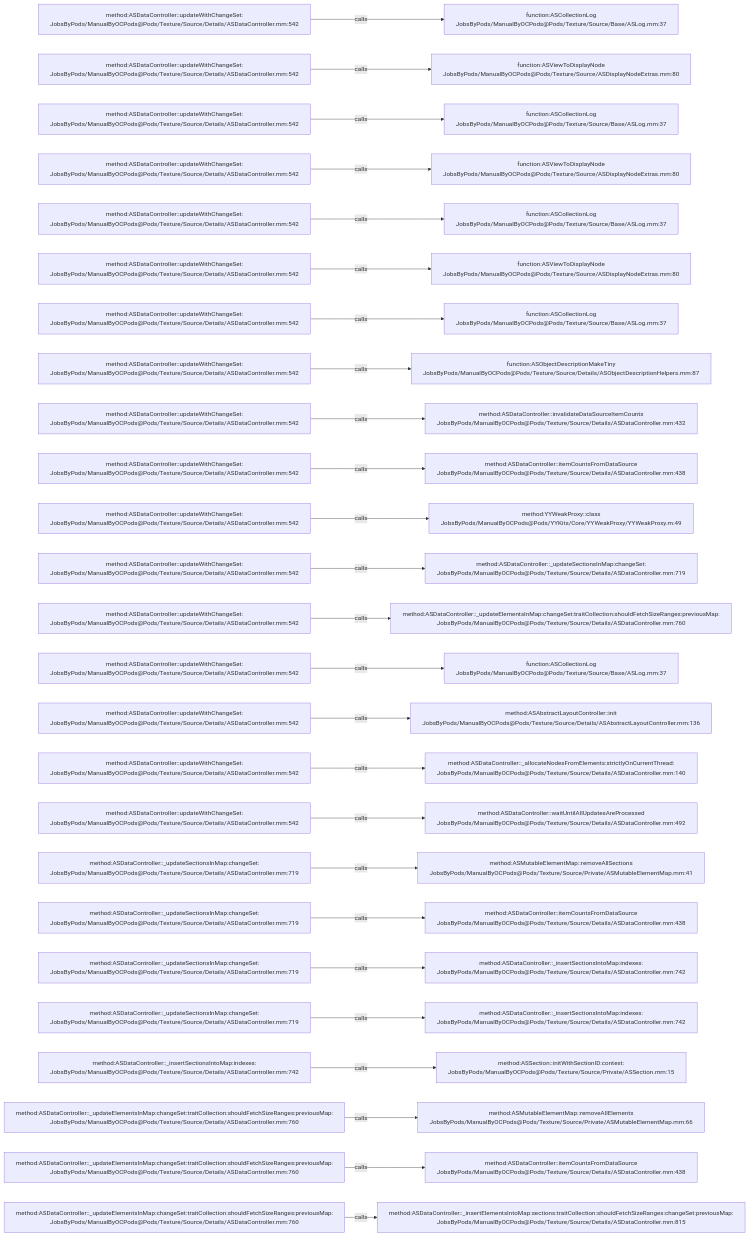
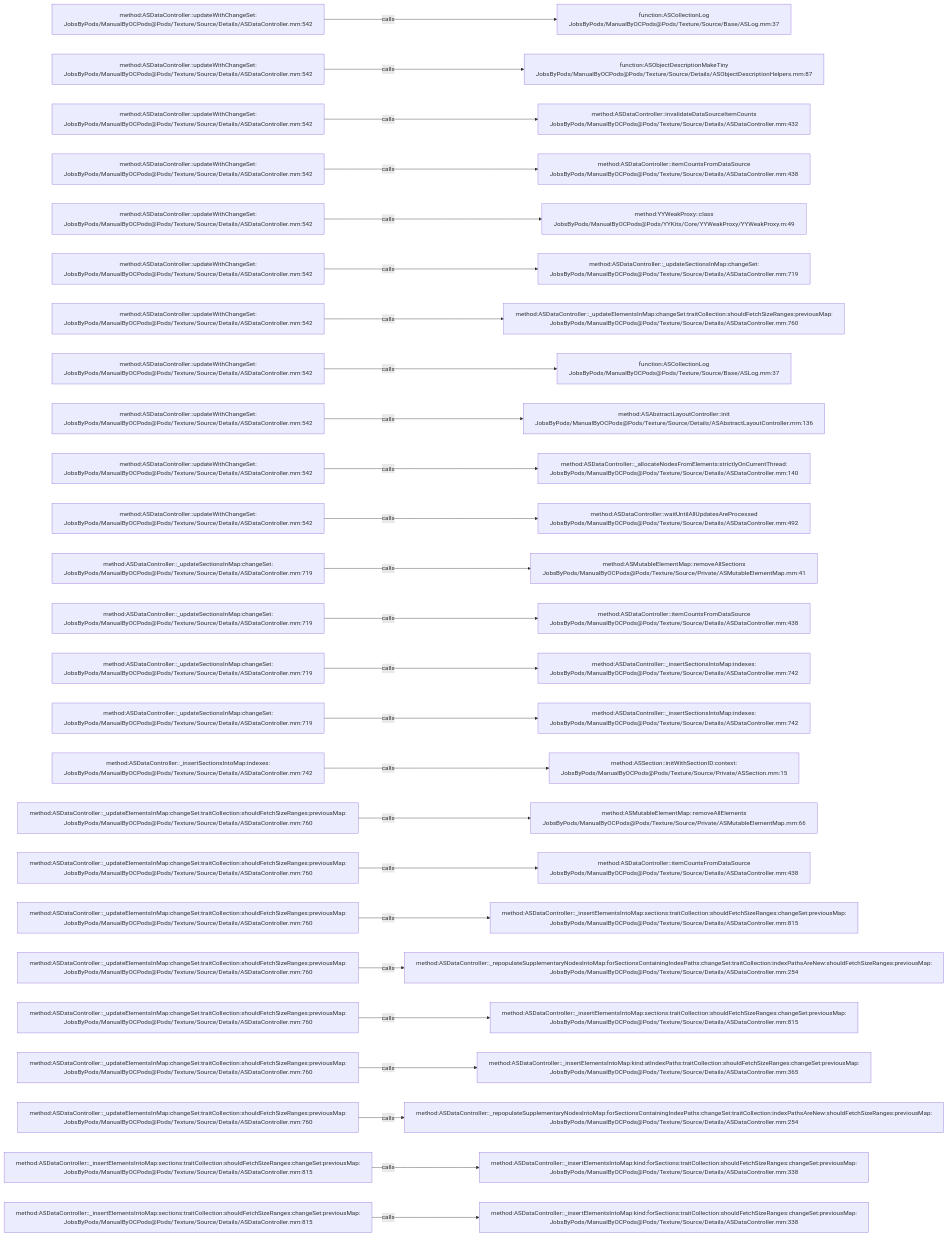
The diagram in .codegraph/codegraph.md/graphs/calls-147.md (JobsKits/JobsOCBaseConfigDemo), drawn with Mermaid before and after one commit. The commit also changed 666 other files, not shown here.

````diff
--- a/.codegraph/codegraph.md/graphs/calls-147.md
+++ b/.codegraph/codegraph.md/graphs/calls-147.md
@@ -13,78 +13,78 @@
 ```mermaid
 flowchart LR
   S1["method:ASDataController::updateWithChangeSet:<br/>JobsByPods/ManualByOCPods@Pods/Texture/Source/Details/ASDataController.mm:542"]
   T1["function:ASCollectionLog<br/>JobsByPods/ManualByOCPods@Pods/Texture/Source/Base/ASLog.mm:37"]
   S1 -->|calls| T1
   S2["method:ASDataController::updateWithChangeSet:<br/>JobsByPods/ManualByOCPods@Pods/Texture/Source/Details/ASDataController.mm:542"]
-  T2["function:ASViewToDisplayNode<br/>JobsByPods/ManualByOCPods@Pods/Texture/Source/ASDisplayNodeExtras.mm:80"]
+  T2["function:ASObjectDescriptionMakeTiny<br/>JobsByPods/ManualByOCPods@Pods/Texture/Source/Details/ASObjectDescriptionHelpers.mm:87"]
   S2 -->|calls| T2
   S3["method:ASDataController::updateWithChangeSet:<br/>JobsByPods/ManualByOCPods@Pods/Texture/Source/Details/ASDataController.mm:542"]
-  T3["function:ASCollectionLog<br/>JobsByPods/ManualByOCPods@Pods/Texture/Source/Base/ASLog.mm:37"]
+  T3["method:ASDataController::invalidateDataSourceItemCounts<br/>JobsByPods/ManualByOCPods@Pods/Texture/Source/Details/ASDataController.mm:432"]
   S3 -->|calls| T3
   S4["method:ASDataController::updateWithChangeSet:<br/>JobsByPods/ManualByOCPods@Pods/Texture/Source/Details/ASDataController.mm:542"]
-  T4["function:ASViewToDisplayNode<br/>JobsByPods/ManualByOCPods@Pods/Texture/Source/ASDisplayNodeExtras.mm:80"]
+  T4["method:ASDataController::itemCountsFromDataSource<br/>JobsByPods/ManualByOCPods@Pods/Texture/Source/Details/ASDataController.mm:438"]
   S4 -->|calls| T4
   S5["method:ASDataController::updateWithChangeSet:<br/>JobsByPods/ManualByOCPods@Pods/Texture/Source/Details/ASDataController.mm:542"]
-  T5["function:ASCollectionLog<br/>JobsByPods/ManualByOCPods@Pods/Texture/Source/Base/ASLog.mm:37"]
+  T5["method:YYWeakProxy::class<br/>JobsByPods/ManualByOCPods@Pods/YYKits/Core/YYWeakProxy/YYWeakProxy.m:49"]
   S5 -->|calls| T5
   S6["method:ASDataController::updateWithChangeSet:<br/>JobsByPods/ManualByOCPods@Pods/Texture/Source/Details/ASDataController.mm:542"]
-  T6["function:ASViewToDisplayNode<br/>JobsByPods/ManualByOCPods@Pods/Texture/Source/ASDisplayNodeExtras.mm:80"]
+  T6["method:ASDataController::_updateSectionsInMap:changeSet:<br/>JobsByPods/ManualByOCPods@Pods/Texture/Source/Details/ASDataController.mm:719"]
   S6 -->|calls| T6
   S7["method:ASDataController::updateWithChangeSet:<br/>JobsByPods/ManualByOCPods@Pods/Texture/Source/Details/ASDataController.mm:542"]
-  T7["function:ASCollectionLog<br/>JobsByPods/ManualByOCPods@Pods/Texture/Source/Base/ASLog.mm:37"]
+  T7["method:ASDataController::_updateElementsInMap:changeSet:traitCollection:shouldFetchSizeRanges:previousMap:<br/>JobsByPods/ManualByOCPods@Pods/Texture/Source/Details/ASDataController.mm:760"]
   S7 -->|calls| T7
   S8["method:ASDataController::updateWithChangeSet:<br/>JobsByPods/ManualByOCPods@Pods/Texture/Source/Details/ASDataController.mm:542"]
-  T8["function:ASObjectDescriptionMakeTiny<br/>JobsByPods/ManualByOCPods@Pods/Texture/Source/Details/ASObjectDescriptionHelpers.mm:87"]
+  T8["function:ASCollectionLog<br/>JobsByPods/ManualByOCPods@Pods/Texture/Source/Base/ASLog.mm:37"]
   S8 -->|calls| T8
   S9["method:ASDataController::updateWithChangeSet:<br/>JobsByPods/ManualByOCPods@Pods/Texture/Source/Details/ASDataController.mm:542"]
-  T9["method:ASDataController::invalidateDataSourceItemCounts<br/>JobsByPods/ManualByOCPods@Pods/Texture/Source/Details/ASDataController.mm:432"]
+  T9["method:ASAbstractLayoutController::init<br/>JobsByPods/ManualByOCPods@Pods/Texture/Source/Details/ASAbstractLayoutController.mm:136"]
   S9 -->|calls| T9
   S10["method:ASDataController::updateWithChangeSet:<br/>JobsByPods/ManualByOCPods@Pods/Texture/Source/Details/ASDataController.mm:542"]
-  T10["method:ASDataController::itemCountsFromDataSource<br/>JobsByPods/ManualByOCPods@Pods/Texture/Source/Details/ASDataController.mm:438"]
+  T10["method:ASDataController::_allocateNodesFromElements:strictlyOnCurrentThread:<br/>JobsByPods/ManualByOCPods@Pods/Texture/Source/Details/ASDataController.mm:140"]
   S10 -->|calls| T10
   S11["method:ASDataController::updateWithChangeSet:<br/>JobsByPods/ManualByOCPods@Pods/Texture/Source/Details/ASDataController.mm:542"]
-  T11["method:YYWeakProxy::class<br/>JobsByPods/ManualByOCPods@Pods/YYKits/Core/YYWeakProxy/YYWeakProxy.m:49"]
+  T11["method:ASDataController::waitUntilAllUpdatesAreProcessed<br/>JobsByPods/ManualByOCPods@Pods/Texture/Source/Details/ASDataController.mm:492"]
   S11 -->|calls| T11
-  S12["method:ASDataController::updateWithChangeSet:<br/>JobsByPods/ManualByOCPods@Pods/Texture/Source/Details/ASDataController.mm:542"]
-  T12["method:ASDataController::_updateSectionsInMap:changeSet:<br/>JobsByPods/ManualByOCPods@Pods/Texture/Source/Details/ASDataController.mm:719"]
+  S12["method:ASDataController::_updateSectionsInMap:changeSet:<br/>JobsByPods/ManualByOCPods@Pods/Texture/Source/Details/ASDataController.mm:719"]
+  T12["method:ASMutableElementMap::removeAllSections<br/>JobsByPods/ManualByOCPods@Pods/Texture/Source/Private/ASMutableElementMap.mm:41"]
   S12 -->|calls| T12
-  S13["method:ASDataController::updateWithChangeSet:<br/>JobsByPods/ManualByOCPods@Pods/Texture/Source/Details/ASDataController.mm:542"]
-  T13["method:ASDataController::_updateElementsInMap:changeSet:traitCollection:shouldFetchSizeRanges:previousMap:<br/>JobsByPods/ManualByOCPods@Pods/Texture/Source/Details/ASDataController.mm:760"]
+  S13["method:ASDataController::_updateSectionsInMap:changeSet:<br/>JobsByPods/ManualByOCPods@Pods/Texture/Source/Details/ASDataController.mm:719"]
+  T13["method:ASDataController::itemCountsFromDataSource<br/>JobsByPods/ManualByOCPods@Pods/Texture/Source/Details/ASDataController.mm:438"]
   S13 -->|calls| T13
-  S14["method:ASDataController::updateWithChangeSet:<br/>JobsByPods/ManualByOCPods@Pods/Texture/Source/Details/ASDataController.mm:542"]
-  T14["function:ASCollectionLog<br/>JobsByPods/ManualByOCPods@Pods/Texture/Source/Base/ASLog.mm:37"]
+  S14["method:ASDataController::_updateSectionsInMap:changeSet:<br/>JobsByPods/ManualByOCPods@Pods/Texture/Source/Details/ASDataController.mm:719"]
+  T14["method:ASDataController::_insertSectionsIntoMap:indexes:<br/>JobsByPods/ManualByOCPods@Pods/Texture/Source/Details/ASDataController.mm:742"]
   S14 -->|calls| T14
-  S15["method:ASDataController::updateWithChangeSet:<br/>JobsByPods/ManualByOCPods@Pods/Texture/Source/Details/ASDataController.mm:542"]
-  T15["method:ASAbstractLayoutController::init<br/>JobsByPods/ManualByOCPods@Pods/Texture/Source/Details/ASAbstractLayoutController.mm:136"]
+  S15["method:ASDataController::_updateSectionsInMap:changeSet:<br/>JobsByPods/ManualByOCPods@Pods/Texture/Source/Details/ASDataController.mm:719"]
+  T15["method:ASDataController::_insertSectionsIntoMap:indexes:<br/>JobsByPods/ManualByOCPods@Pods/Texture/Source/Details/ASDataController.mm:742"]
   S15 -->|calls| T15
-  S16["method:ASDataController::updateWithChangeSet:<br/>JobsByPods/ManualByOCPods@Pods/Texture/Source/Details/ASDataController.mm:542"]
-  T16["method:ASDataController::_allocateNodesFromElements:strictlyOnCurrentThread:<br/>JobsByPods/ManualByOCPods@Pods/Texture/Source/Details/ASDataController.mm:140"]
+  S16["method:ASDataController::_insertSectionsIntoMap:indexes:<br/>JobsByPods/ManualByOCPods@Pods/Texture/Source/Details/ASDataController.mm:742"]
+  T16["method:ASSection::initWithSectionID:context:<br/>JobsByPods/ManualByOCPods@Pods/Texture/Source/Private/ASSection.mm:15"]
   S16 -->|calls| T16
-  S17["method:ASDataController::updateWithChangeSet:<br/>JobsByPods/ManualByOCPods@Pods/Texture/Source/Details/ASDataController.mm:542"]
-  T17["method:ASDataController::waitUntilAllUpdatesAreProcessed<br/>JobsByPods/ManualByOCPods@Pods/Texture/Source/Details/ASDataController.mm:492"]
+  S17["method:ASDataController::_updateElementsInMap:changeSet:traitCollection:shouldFetchSizeRanges:previousMap:<br/>JobsByPods/ManualByOCPods@Pods/Texture/Source/Details/ASDataController.mm:760"]
+  T17["method:ASMutableElementMap::removeAllElements<br/>JobsByPods/ManualByOCPods@Pods/Texture/Source/Private/ASMutableElementMap.mm:66"]
   S17 -->|calls| T17
-  S18["method:ASDataController::_updateSectionsInMap:changeSet:<br/>JobsByPods/ManualByOCPods@Pods/Texture/Source/Details/ASDataController.mm:719"]
-  T18["method:ASMutableElementMap::removeAllSections<br/>JobsByPods/ManualByOCPods@Pods/Texture/Source/Private/ASMutableElementMap.mm:41"]
+  S18["method:ASDataController::_updateElementsInMap:changeSet:traitCollection:shouldFetchSizeRanges:previousMap:<br/>JobsByPods/ManualByOCPods@Pods/Texture/Source/Details/ASDataController.mm:760"]
+  T18["method:ASDataController::itemCountsFromDataSource<br/>JobsByPods/ManualByOCPods@Pods/Texture/Source/Details/ASDataController.mm:438"]
   S18 -->|calls| T18
-  S19["method:ASDataController::_updateSectionsInMap:changeSet:<br/>JobsByPods/ManualByOCPods@Pods/Texture/Source/Details/ASDataController.mm:719"]
-  T19["method:ASDataController::itemCountsFromDataSource<br/>JobsByPods/ManualByOCPods@Pods/Texture/Source/Details/ASDataController.mm:438"]
+  S19["method:ASDataController::_updateElementsInMap:changeSet:traitCollection:shouldFetchSizeRanges:previousMap:<br/>JobsByPods/ManualByOCPods@Pods/Texture/Source/Details/ASDataController.mm:760"]
+  T19["method:ASDataController::_insertElementsIntoMap:sections:traitCollection:shouldFetchSizeRanges:changeSet:previousMap:<br/>JobsByPods/ManualByOCPods@Pods/Texture/Source/Details/ASDataController.mm:815"]
   S19 -->|calls| T19
-  S20["method:ASDataController::_updateSectionsInMap:changeSet:<br/>JobsByPods/ManualByOCPods@Pods/Texture/Source/Details/ASDataController.mm:719"]
-  T20["method:ASDataController::_insertSectionsIntoMap:indexes:<br/>JobsByPods/ManualByOCPods@Pods/Texture/Source/Details/ASDataController.mm:742"]
+  S20["method:ASDataController::_updateElementsInMap:changeSet:traitCollection:shouldFetchSizeRanges:previousMap:<br/>JobsByPods/ManualByOCPods@Pods/Texture/Source/Details/ASDataController.mm:760"]
+  T20["method:ASDataController::_repopulateSupplementaryNodesIntoMap:forSectionsContainingIndexPaths:changeSet:traitCollection:indexPathsAreNew:shouldFetchSizeRanges:previousMap:<br/>JobsByPods/ManualByOCPods@Pods/Texture/Source/Details/ASDataController.mm:254"]
   S20 -->|calls| T20
-  S21["method:ASDataController::_updateSectionsInMap:changeSet:<br/>JobsByPods/ManualByOCPods@Pods/Texture/Source/Details/ASDataController.mm:719"]
-  T21["method:ASDataController::_insertSectionsIntoMap:indexes:<br/>JobsByPods/ManualByOCPods@Pods/Texture/Source/Details/ASDataController.mm:742"]
+  S21["method:ASDataController::_updateElementsInMap:changeSet:traitCollection:shouldFetchSizeRanges:previousMap:<br/>JobsByPods/ManualByOCPods@Pods/Texture/Source/Details/ASDataController.mm:760"]
+  T21["method:ASDataController::_insertElementsIntoMap:sections:traitCollection:shouldFetchSizeRanges:changeSet:previousMap:<br/>JobsByPods/ManualByOCPods@Pods/Texture/Source/Details/ASDataController.mm:815"]
   S21 -->|calls| T21
-  S22["method:ASDataController::_insertSectionsIntoMap:indexes:<br/>JobsByPods/ManualByOCPods@Pods/Texture/Source/Details/ASDataController.mm:742"]
-  T22["method:ASSection::initWithSectionID:context:<br/>JobsByPods/ManualByOCPods@Pods/Texture/Source/Private/ASSection.mm:15"]
+  S22["method:ASDataController::_updateElementsInMap:changeSet:traitCollection:shouldFetchSizeRanges:previousMap:<br/>JobsByPods/ManualByOCPods@Pods/Texture/Source/Details/ASDataController.mm:760"]
+  T22["method:ASDataController::_insertElementsIntoMap:kind:atIndexPaths:traitCollection:shouldFetchSizeRanges:changeSet:previousMap:<br/>JobsByPods/ManualByOCPods@Pods/Texture/Source/Details/ASDataController.mm:365"]
   S22 -->|calls| T22
   S23["method:ASDataController::_updateElementsInMap:changeSet:traitCollection:shouldFetchSizeRanges:previousMap:<br/>JobsByPods/ManualByOCPods@Pods/Texture/Source/Details/ASDataController.mm:760"]
-  T23["method:ASMutableElementMap::removeAllElements<br/>JobsByPods/ManualByOCPods@Pods/Texture/Source/Private/ASMutableElementMap.mm:66"]
+  T23["method:ASDataController::_repopulateSupplementaryNodesIntoMap:forSectionsContainingIndexPaths:changeSet:traitCollection:indexPathsAreNew:shouldFetchSizeRanges:previousMap:<br/>JobsByPods/ManualByOCPods@Pods/Texture/Source/Details/ASDataController.mm:254"]
   S23 -->|calls| T23
-  S24["method:ASDataController::_updateElementsInMap:changeSet:traitCollection:shouldFetchSizeRanges:previousMap:<br/>JobsByPods/ManualByOCPods@Pods/Texture/Source/Details/ASDataController.mm:760"]
-  T24["method:ASDataController::itemCountsFromDataSource<br/>JobsByPods/ManualByOCPods@Pods/Texture/Source/Details/ASDataController.mm:438"]
+  S24["method:ASDataController::_insertElementsIntoMap:sections:traitCollection:shouldFetchSizeRanges:changeSet:previousMap:<br/>JobsByPods/ManualByOCPods@Pods/Texture/Source/Details/ASDataController.mm:815"]
+  T24["method:ASDataController::_insertElementsIntoMap:kind:forSections:traitCollection:shouldFetchSizeRanges:changeSet:previousMap:<br/>JobsByPods/ManualByOCPods@Pods/Texture/Source/Details/ASDataController.mm:338"]
   S24 -->|calls| T24
-  S25["method:ASDataController::_updateElementsInMap:changeSet:traitCollection:shouldFetchSizeRanges:previousMap:<br/>JobsByPods/ManualByOCPods@Pods/Texture/Source/Details/ASDataController.mm:760"]
-  T25["method:ASDataController::_insertElementsIntoMap:sections:traitCollection:shouldFetchSizeRanges:changeSet:previousMap:<br/>JobsByPods/ManualByOCPods@Pods/Texture/Source/Details/ASDataController.mm:815"]
+  S25["method:ASDataController::_insertElementsIntoMap:sections:traitCollection:shouldFetchSizeRanges:changeSet:previousMap:<br/>JobsByPods/ManualByOCPods@Pods/Texture/Source/Details/ASDataController.mm:815"]
+  T25["method:ASDataController::_insertElementsIntoMap:kind:forSections:traitCollection:shouldFetchSizeRanges:changeSet:previousMap:<br/>JobsByPods/ManualByOCPods@Pods/Texture/Source/Details/ASDataController.mm:338"]
   S25 -->|calls| T25
 ```
````
